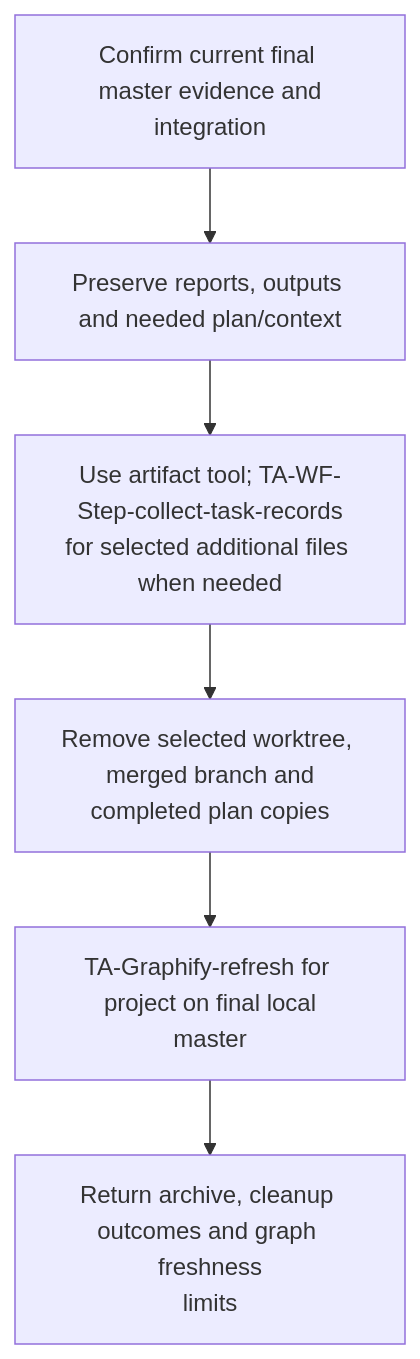
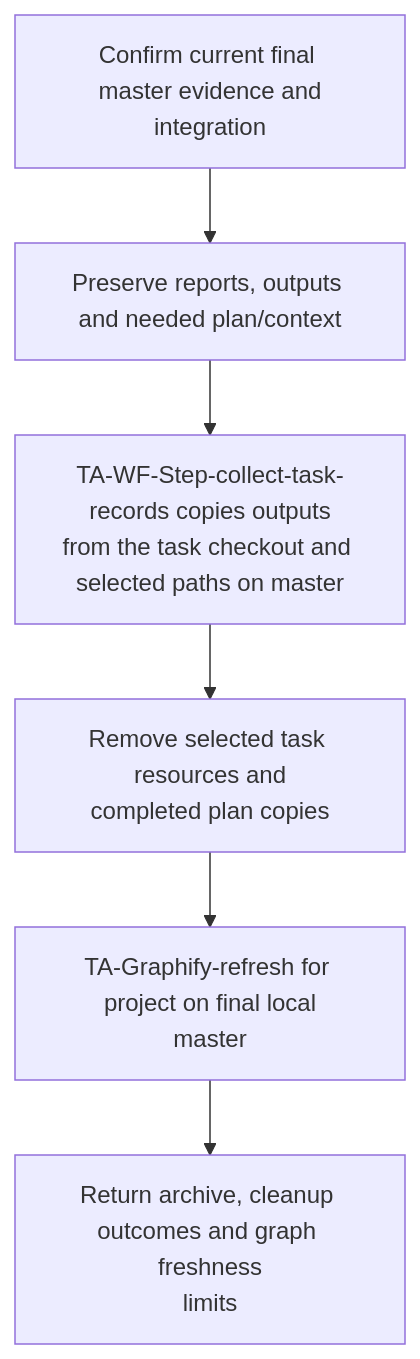
Before and after one commit to tomek-anuszkiewicz/amiga-studio: the seventh of 10 diagrams in .agents/skills/README.md, drawn with Mermaid. The commit also changed other lines of this file and 15 other files, not shown here.

Commit message:
refactor(workflow): collect task outputs without capture registration

````diff
--- a/.agents/skills/README.md
+++ b/.agents/skills/README.md
@@ -185,9 +185,9 @@
 ```mermaid
 flowchart TD
     Evidence["Confirm current final master evidence and<br/>integration"]
     Evidence --> Preserve["Preserve reports, outputs and needed plan/context"]
-    Preserve --> Copy["Use artifact tool; TA-WF-Step-collect-task-records<br/>for selected additional files when needed"]
-    Copy --> Remove["Remove selected worktree, merged branch and<br/>completed plan copies"]
+    Preserve --> Copy["TA-WF-Step-collect-task-records copies outputs<br/>from the task checkout and selected paths on master"]
+    Copy --> Remove["Remove selected task resources and<br/>completed plan copies"]
     Remove --> Graph["TA-Graphify-refresh for project on final local<br/>master"]
     Graph --> Result["Return archive, cleanup outcomes and graph freshness<br/>limits"]
 ```
````
